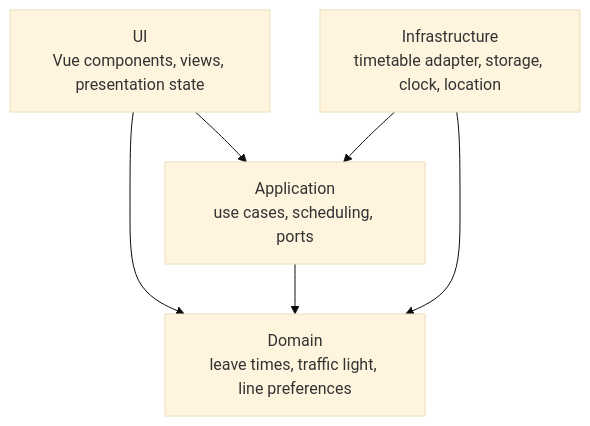
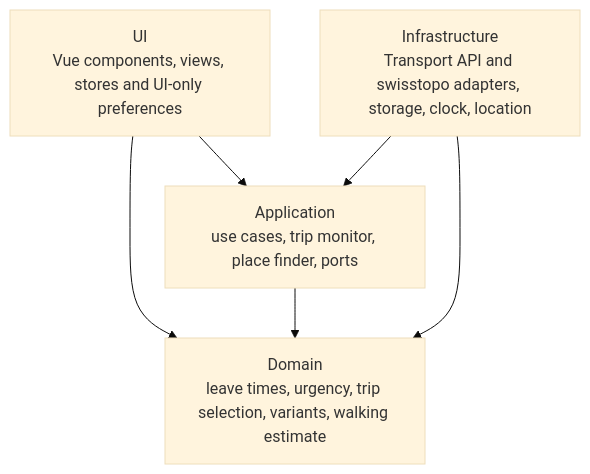
One commit to ndum/kairos changed the third of 4 diagrams in README.md. Above: the diagram before and after it, drawn with Mermaid (base theme). The commit also changed other lines of this file and 21 other files, not shown here.

````diff
--- a/README.md
+++ b/README.md
@@ -66,13 +82,13 @@
 ```mermaid
 flowchart TB
-    ui[UI<br/>Vue components, views, presentation state]
-    application[Application<br/>use cases, scheduling, ports]
-    domain[Domain<br/>leave times, traffic light, line preferences]
-    infrastructure[Infrastructure<br/>timetable adapter, storage, clock, location]
+    ui[UI<br/>Vue components, views, stores and UI-only preferences]
+    application[Application<br/>use cases, trip monitor, place finder, ports]
+    domain[Domain<br/>leave times, urgency, trip selection, variants, walking estimate]
+    infrastructure[Infrastructure<br/>Transport API and swisstopo adapters, storage, clock, location]
 
     ui --> application
     ui --> domain
     application --> domain
     infrastructure --> application
     infrastructure --> domain
 ```
````
